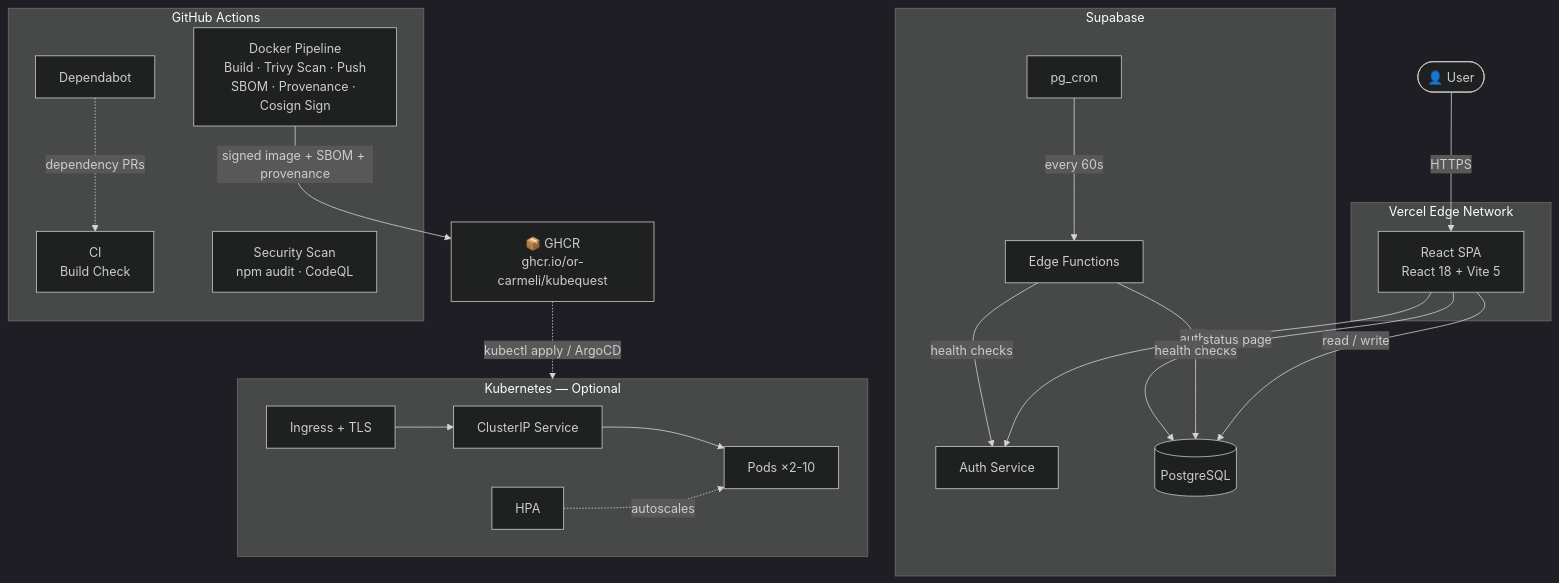
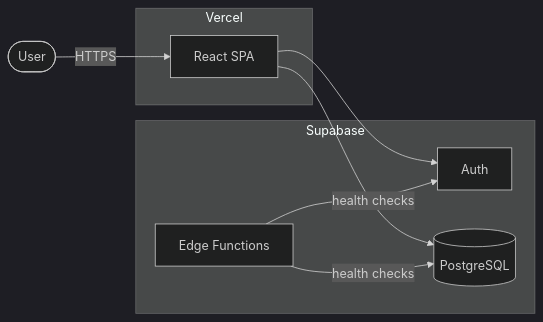
Before and after one commit to or-carmeli/KubeQuest: the first of 2 diagrams in README.md, drawn with Mermaid (dark theme). The commit also changed other lines of this file, not shown here.

Commit message:
fix: split architecture into two clean Mermaid diagrams
Single diagram had crossing arrows between runtime and CI/CD flows.
Split into Runtime (LR: User → Vercel → Supabase) and CI/CD Pipeline
(LR: push → build → scan → push → attest → sign → verify).

````diff
--- a/README.md
+++ b/README.md
@@ -75,41 +77,19 @@
 ```mermaid
-flowchart TD
-    USER(["👤 User"])
+flowchart LR
+    USER(["User"]) -->|HTTPS| SPA
 
-    subgraph VERCEL["Vercel Edge Network"]
-        SPA["React SPA\nReact 18 + Vite 5"]
+    subgraph Vercel
+        SPA["React SPA"]
     end
 
-    subgraph SB["Supabase"]
-        AUTH["Auth Service"]
+    subgraph Supabase
+        AUTH["Auth"]
         DB[("PostgreSQL")]
         EDGE["Edge Functions"]
-        CRON["pg_cron"]
     end
 
-    subgraph GH["GitHub Actions"]
-        CI["CI\nBuild Check"]
-        DOCK["Docker Pipeline\nBuild · Trivy Scan · Push\nSBOM · Provenance · Cosign Sign"]
-        SEC["Security Scan\nnpm audit · CodeQL"]
-        BOT["Dependabot"]
-    end
-
-    GHCR["📦 GHCR\nghcr.io/or-carmeli/kubequest"]
-
-    subgraph K8S["Kubernetes — Optional"]
-        ING["Ingress + TLS"] --> SVC["ClusterIP Service"] --> PODS["Pods ×2-10"]
-        HPA["HPA"] -.->|autoscales| PODS
-    end
-
-    USER -->|HTTPS| SPA
-    SPA -->|auth| AUTH
-    SPA -->|read / write| DB
-    CRON -->|every 60s| EDGE
+    SPA --> AUTH
+    SPA --> DB
     EDGE -->|health checks| DB
     EDGE -->|health checks| AUTH
-    SPA -->|status page| DB
-
-    DOCK -->|signed image + SBOM + provenance| GHCR
-    GHCR -.->|kubectl apply / ArgoCD| K8S
-    BOT -.->|dependency PRs| CI
 ```
````
